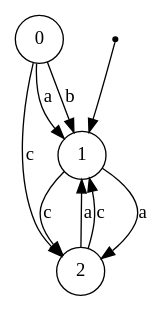
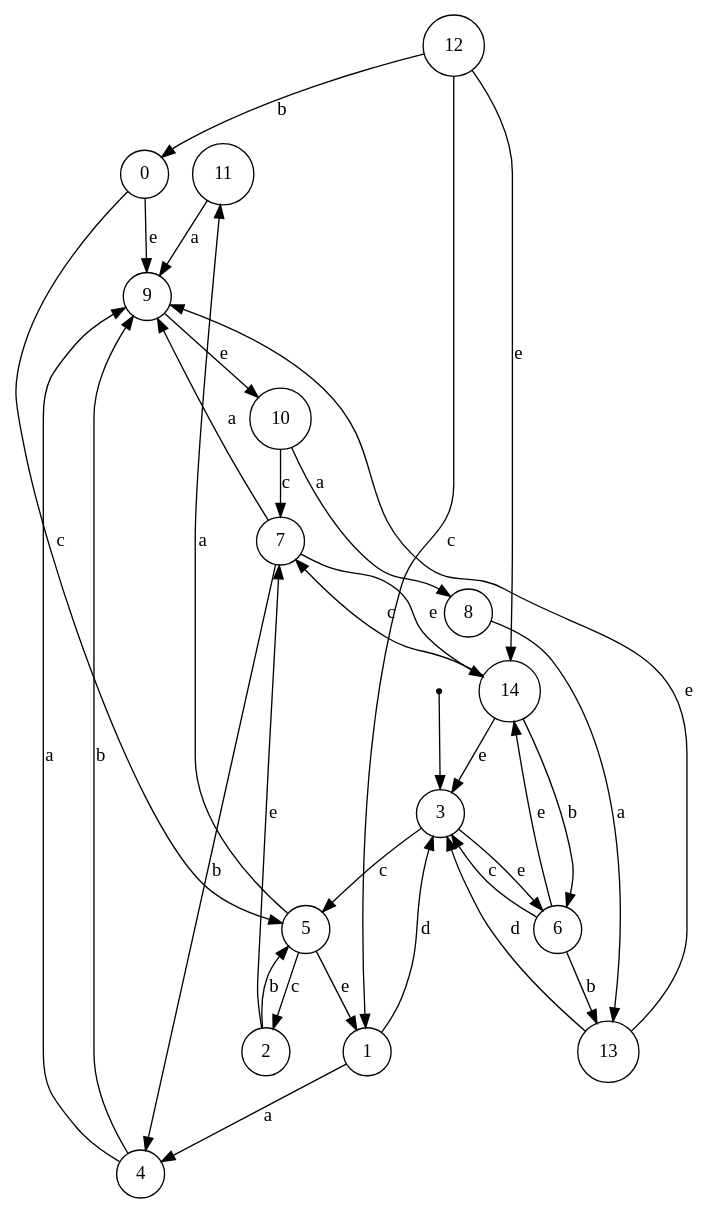
The diagram in dotsource.dot (Reithger/Finite-State-Machine-Model), drawn with Graphviz before and after one commit. The commit also changed 14 other files, not shown here.

Commit message:
Single FSM entry is working, need to figure out how to do multiple, started making a popout window for the ImagePage to better look at the images. Also added a bunch of admin stuff for saving/deleting/etc. FSMs

```diff
--- a/dotsource.dot
+++ b/dotsource.dot
@@ -1,14 +1,51 @@
 digraph G {
+"11"[shape = circle color = "black"];
+"12"[shape = circle color = "black"];
+"13"[shape = circle color = "black"];
+"14"[shape = circle color = "black"];
 "0"[shape = circle color = "black"];
 "1"[shape = circle color = "black"];
-"___NEVER_USE_THIS_NAME___1"[fontSize = 1 shape = point]; 
-{"___NEVER_USE_THIS_NAME___1"}->{"1"}; 
 "2"[shape = circle color = "black"];
-"1"->{"2"} [label = "a" color = "black" arrowhead = "normal" ]; 
-"1"->{"2"} [label = "c" color = "black" arrowhead = "normal" ]; 
-"0"->{"1"} [label = "b" color = "black" arrowhead = "normal" ]; 
-"0"->{"1"} [label = "a" color = "black" arrowhead = "normal" ]; 
-"0"->{"2"} [label = "c" color = "black" arrowhead = "normal" ]; 
-"2"->{"1"} [label = "a" color = "black" arrowhead = "normal" ]; 
-"2"->{"1"} [label = "c" color = "black" arrowhead = "normal" ]; 
+"3"[shape = circle color = "black"];
+"___NEVER_USE_THIS_NAME___3"[fontSize = 1 shape = point]; 
+{"___NEVER_USE_THIS_NAME___3"}->{"3"}; 
+"4"[shape = circle color = "black"];
+"5"[shape = circle color = "black"];
+"6"[shape = circle color = "black"];
+"7"[shape = circle color = "black"];
+"8"[shape = circle color = "black"];
+"9"[shape = circle color = "black"];
+"10"[shape = circle color = "black"];
+"4"->{"9"} [label = "a" color = "black" arrowhead = "normal" ]; 
+"4"->{"9"} [label = "b" color = "black" arrowhead = "normal" ]; 
+"10"->{"7"} [label = "c" color = "black" arrowhead = "normal" ]; 
+"10"->{"8"} [label = "a" color = "black" arrowhead = "normal" ]; 
+"13"->{"3"} [label = "d" color = "black" arrowhead = "normal" ]; 
+"13"->{"9"} [label = "e" color = "black" arrowhead = "normal" ]; 
+"14"->{"7"} [label = "c" color = "black" arrowhead = "normal" ]; 
+"14"->{"6"} [label = "b" color = "black" arrowhead = "normal" ]; 
+"14"->{"3"} [label = "e" color = "black" arrowhead = "normal" ]; 
+"3"->{"5"} [label = "c" color = "black" arrowhead = "normal" ]; 
+"3"->{"6"} [label = "e" color = "black" arrowhead = "normal" ]; 
+"12"->{"14"} [label = "e" color = "black" arrowhead = "normal" ]; 
+"12"->{"0"} [label = "b" color = "black" arrowhead = "normal" ]; 
+"12"->{"1"} [label = "c" color = "black" arrowhead = "normal" ]; 
+"2"->{"7"} [label = "e" color = "black" arrowhead = "normal" ]; 
+"2"->{"5"} [label = "b" color = "black" arrowhead = "normal" ]; 
+"5"->{"11"} [label = "a" color = "black" arrowhead = "normal" ]; 
+"5"->{"1"} [label = "e" color = "black" arrowhead = "normal" ]; 
+"5"->{"2"} [label = "c" color = "black" arrowhead = "normal" ]; 
+"11"->{"9"} [label = "a" color = "black" arrowhead = "normal" ]; 
+"1"->{"4"} [label = "a" color = "black" arrowhead = "normal" ]; 
+"1"->{"3"} [label = "d" color = "black" arrowhead = "normal" ]; 
+"9"->{"10"} [label = "e" color = "black" arrowhead = "normal" ]; 
+"8"->{"13"} [label = "a" color = "black" arrowhead = "normal" ]; 
+"0"->{"5"} [label = "c" color = "black" arrowhead = "normal" ]; 
+"0"->{"9"} [label = "e" color = "black" arrowhead = "normal" ]; 
+"6"->{"13"} [label = "b" color = "black" arrowhead = "normal" ]; 
+"6"->{"3"} [label = "c" color = "black" arrowhead = "normal" ]; 
+"6"->{"14"} [label = "e" color = "black" arrowhead = "normal" ]; 
+"7"->{"9"} [label = "a" color = "black" arrowhead = "normal" ]; 
+"7"->{"14"} [label = "e" color = "black" arrowhead = "normal" ]; 
+"7"->{"4"} [label = "b" color = "black" arrowhead = "normal" ]; 
 }
```
